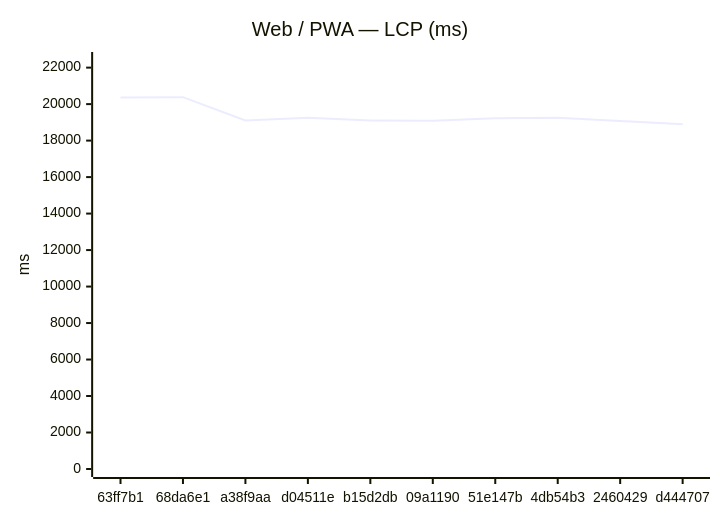
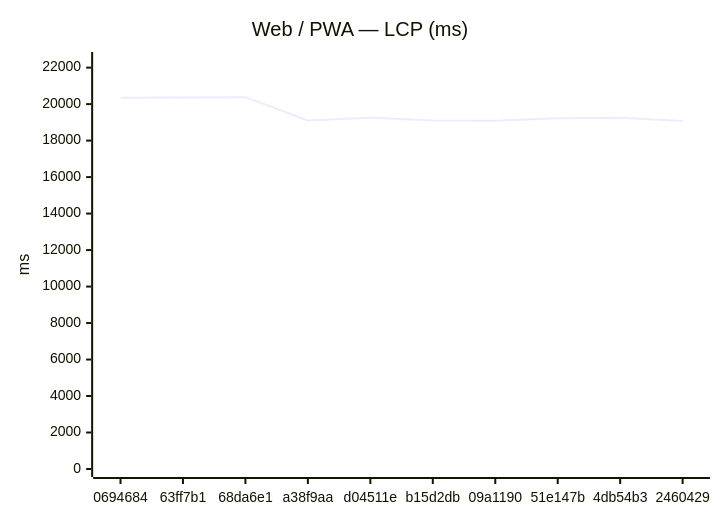
The first of 18 diagrams in benchmarks/compare.md (Metaheurist/Rianell), drawn with Mermaid before and after one commit. The commit also changed other lines of this file and 11 other files, not shown here.

````diff
--- a/benchmarks/compare.md
+++ b/benchmarks/compare.md
@@ -24,7 +24,7 @@
 ```mermaid
 xychart-beta
     title "Web / PWA — LCP (ms)"
-    x-axis ["63ff7b1", "68da6e1", "a38f9aa", "d04511e", "b15d2db", "09a1190", "51e147b", "4db54b3", "2460429", "d444707"]
+    x-axis ["0694684", "63ff7b1", "68da6e1", "a38f9aa", "d04511e", "b15d2db", "09a1190", "51e147b", "4db54b3", "2460429"]
     y-axis "ms" 0 --> 22418
-    line [20361, 20380, 19099, 19257, 19097, 19090, 19227, 19255, 19076, 18898]
+    line [20346, 20361, 20380, 19099, 19257, 19097, 19090, 19227, 19255, 19076]
 ```
````
